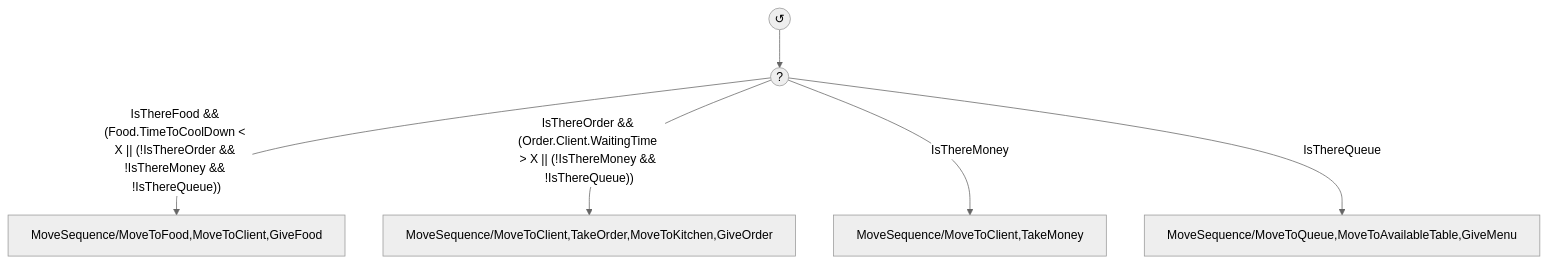
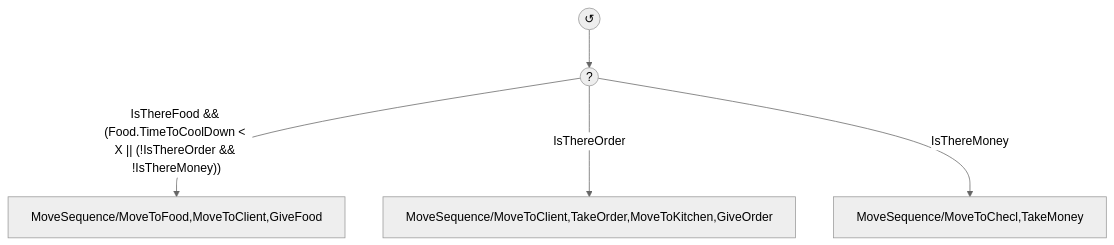
Before and after one commit to LauraWangQiu/IAV24-WangQiu: the first of 5 diagrams in README.md, drawn with Mermaid (neutral theme). The commit also changed other lines of this file and 22 other files, not shown here.

````diff
--- a/README.md
+++ b/README.md
@@ -54,8 +54,7 @@
 ```mermaid
 flowchart TD
     A(("↺")) --> B((?))
-    B -->|"IsThereFood && (Food.TimeToCoolDown < X || (!IsThereOrder && !IsThereMoney && !IsThereQueue))"| C[MoveSequence/MoveToFood,MoveToClient,GiveFood]
-    B -->|"IsThereOrder && (Order.Client.WaitingTime > X || (!IsThereMoney && !IsThereQueue))"| D[MoveSequence/MoveToClient,TakeOrder,MoveToKitchen,GiveOrder]
-    B -->|"IsThereMoney"| E[MoveSequence/MoveToClient,TakeMoney]
-    B -->|"IsThereQueue"| F[MoveSequence/MoveToQueue,MoveToAvailableTable,GiveMenu]
+    B -->|"IsThereFood && (Food.TimeToCoolDown < X || (!IsThereOrder && !IsThereMoney))"| C[MoveSequence/MoveToFood,MoveToClient,GiveFood]
+    B -->|"IsThereOrder"| D[MoveSequence/MoveToClient,TakeOrder,MoveToKitchen,GiveOrder]
+    B -->|"IsThereMoney"| E[MoveSequence/MoveToChecl,TakeMoney]
 ```
````
